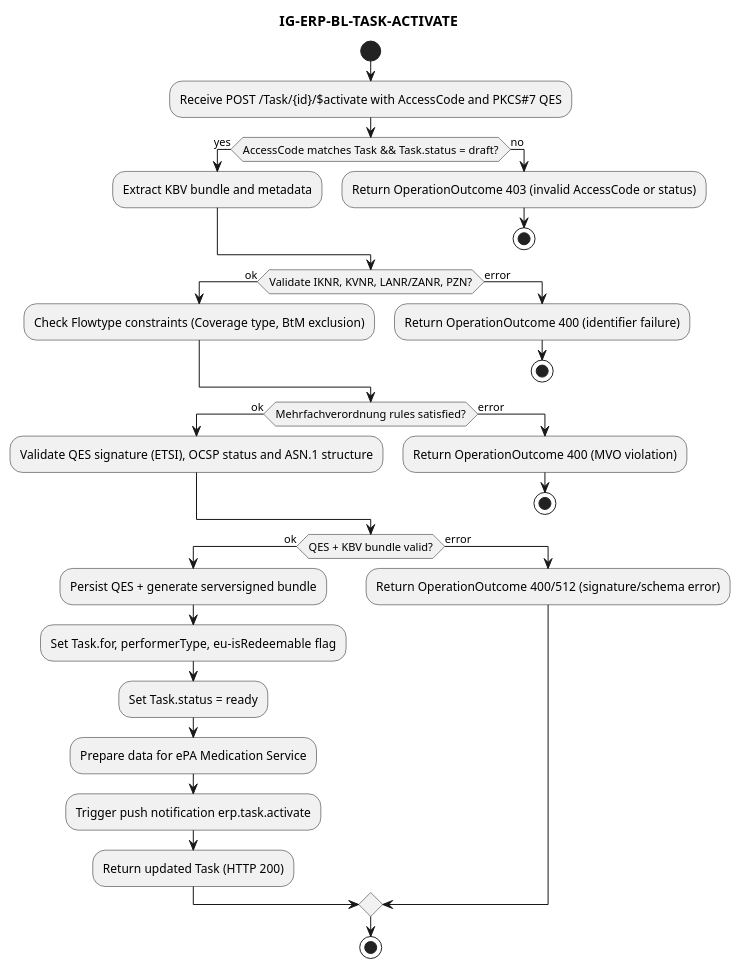
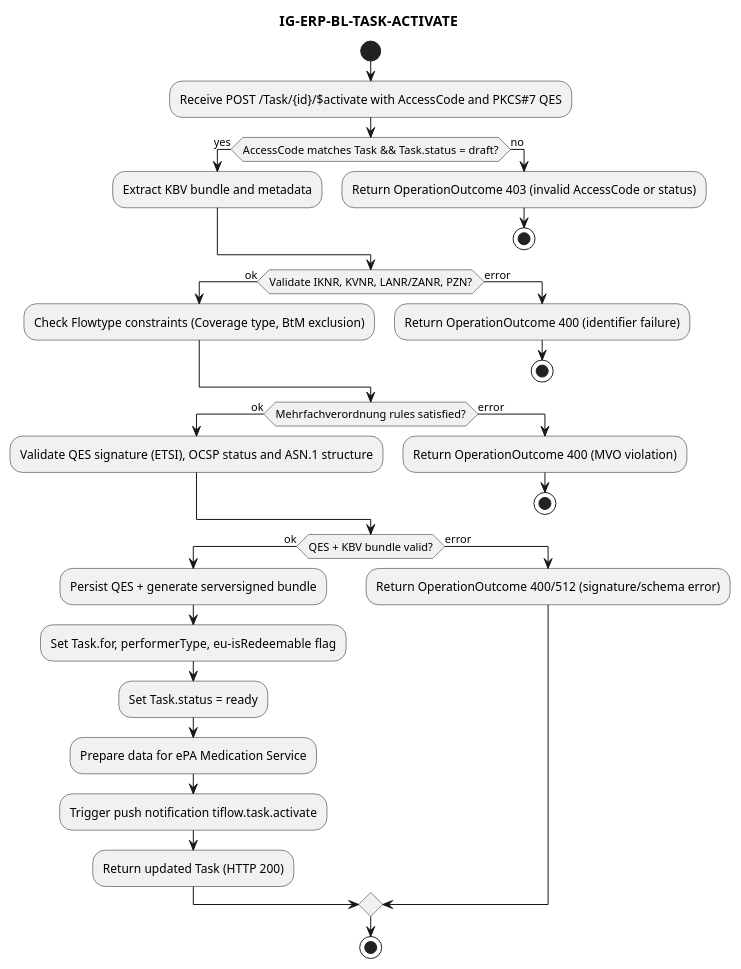
Before and after one commit to gematik/fhir-igs-workflow: the diagram in igs/core/input/images-source/IG-ERP-BL-TASK-ACTIVATE.plantuml, drawn with PlantUML. The commit also changed 62 other files, not shown here.

Commit message:
add push notification changes

```diff
--- a/igs/core/input/images-source/IG-ERP-BL-TASK-ACTIVATE.plantuml
+++ b/igs/core/input/images-source/IG-ERP-BL-TASK-ACTIVATE.plantuml
@@ -1,38 +1,38 @@
 @startuml
 
 title IG-ERP-BL-TASK-ACTIVATE
 
 start
 :Receive POST /Task/{id}/$activate with AccessCode and PKCS#7 QES;
 if (AccessCode matches Task && Task.status = draft?) then (yes)
 	:Extract KBV bundle and metadata;
 else (no)
 	:Return OperationOutcome 403 (invalid AccessCode or status);
 	stop
 endif
 if (Validate IKNR, KVNR, LANR/ZANR, PZN?) then (ok)
 	:Check Flowtype constraints (Coverage type, BtM exclusion);
 else (error)
 	:Return OperationOutcome 400 (identifier failure);
 	stop
 endif
 if (Mehrfachverordnung rules satisfied?) then (ok)
 	:Validate QES signature (ETSI), OCSP status and ASN.1 structure;
 else (error)
 	:Return OperationOutcome 400 (MVO violation);
 	stop
 endif
 if (QES + KBV bundle valid?) then (ok)
 	:Persist QES + generate serversigned bundle;
 	:Set Task.for, performerType, eu-isRedeemable flag;
 	:Set Task.status = ready;
 	:Prepare data for ePA Medication Service;
-	:Trigger push notification erp.task.activate;
+	:Trigger push notification tiflow.task.activate;
 	:Return updated Task (HTTP 200);
 else (error)
 	:Return OperationOutcome 400/512 (signature/schema error);
 endif
 
 stop
 
 @enduml
```
